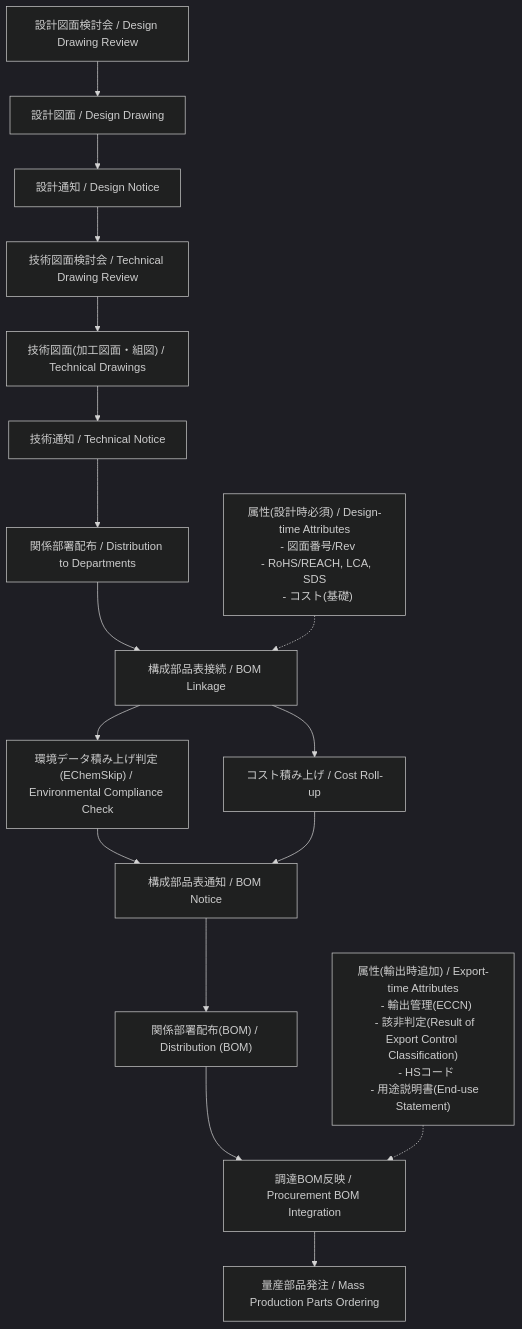
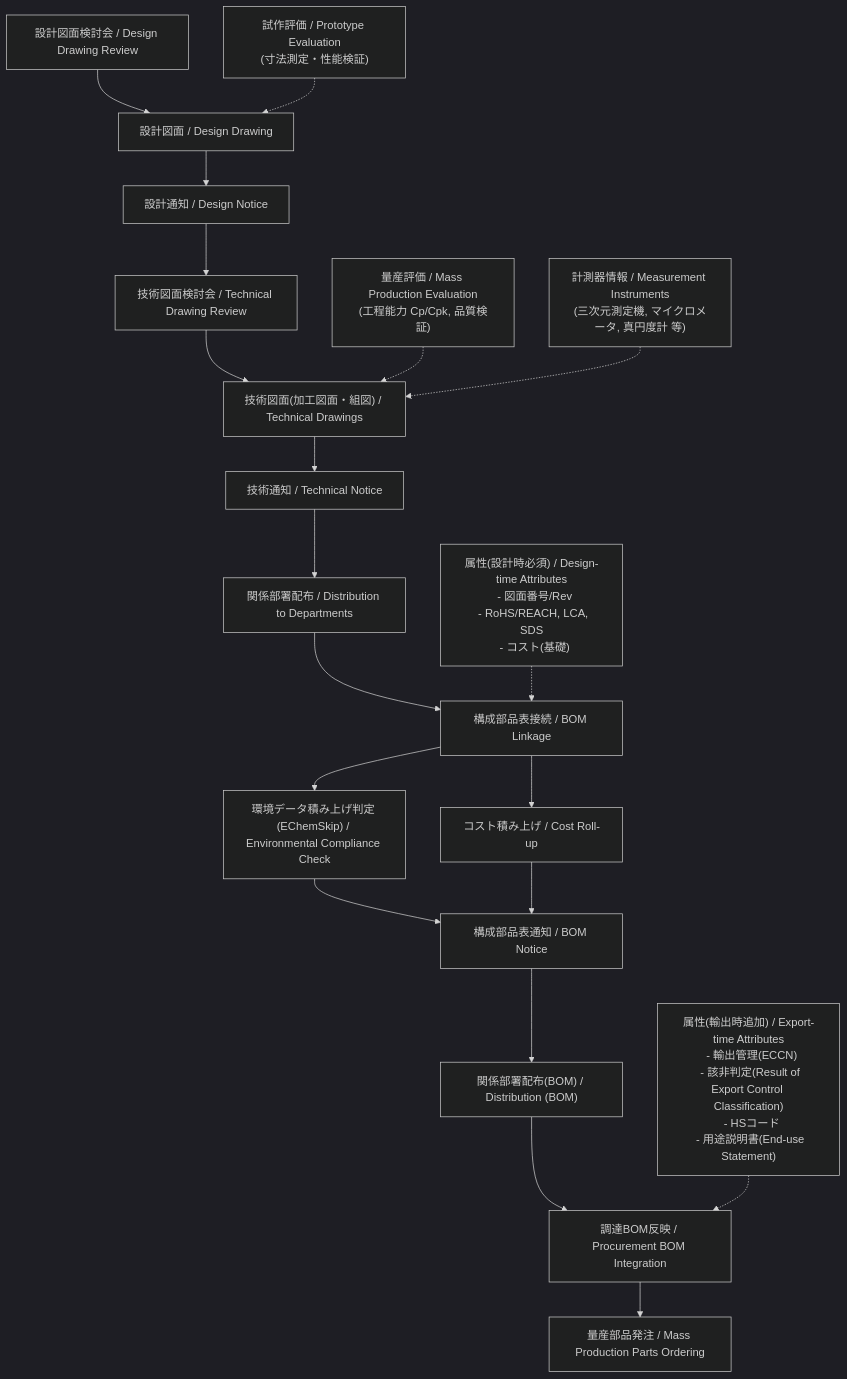
Before and after one commit to Samizo-AITL/EduMecha: the diagram in 08_production_process/production_process_flow.md, drawn with Mermaid (dark theme).

````diff
--- a/08_production_process/production_process_flow.md
+++ b/08_production_process/production_process_flow.md
@@ -21,33 +21,39 @@
 ```mermaid
 flowchart TD
   A["設計図面検討会 / Design Drawing Review"] --> B["設計図面 / Design Drawing"]
   B --> C["設計通知 / Design Notice"]
   C --> D["技術図面検討会 / Technical Drawing Review"]
   D --> E["技術図面(加工図面・組図) / Technical Drawings"]
   E --> F["技術通知 / Technical Notice"]
   F --> G["関係部署配布 / Distribution to Departments"]
   G --> H["構成部品表接続 / BOM Linkage"]
 
   %% 新規追加ステップ
   H --> H1["環境データ積み上げ判定 (EChemSkip) / Environmental Compliance Check"]
   H --> H2["コスト積み上げ / Cost Roll-up"]
 
   H1 --> I["構成部品表通知 / BOM Notice"]
   H2 --> I
 
   I --> J["関係部署配布(BOM) / Distribution (BOM)"]
   J --> K["調達BOM反映 / Procurement BOM Integration"]
   K --> L["量産部品発注 / Mass Production Parts Ordering"]
 
   %% 属性群
   S1["属性(設計時必須) / Design-time Attributes
   - 図面番号/Rev
   - RoHS/REACH, LCA, SDS
   - コスト(基礎)"] -.-> H
 
   S2["属性(輸出時追加) / Export-time Attributes
   - 輸出管理(ECCN)
   - 該非判定(Result of Export Control Classification)
   - HSコード
   - 用途説明書(End-use Statement)"] -.-> K
+
+ %% 横から加わる評価・計測情報
+  P1["試作評価 / Prototype Evaluation\n(寸法測定・性能検証)"] -.-> B
+  P2["量産評価 / Mass Production Evaluation\n(工程能力 Cp/Cpk, 品質検証)"] -.-> E
+  P3["計測器情報 / Measurement Instruments\n(三次元測定機, マイクロメータ, 真円度計 等)"] -.-> E
+
 ```
````
